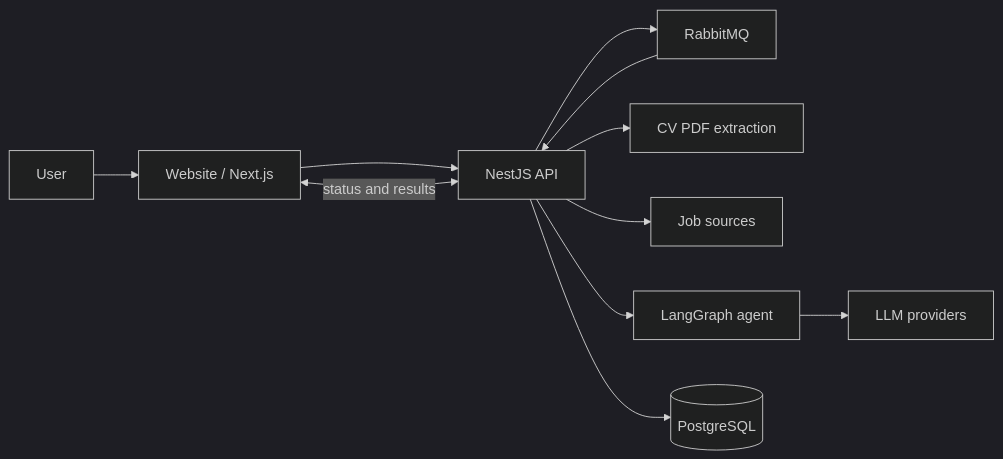
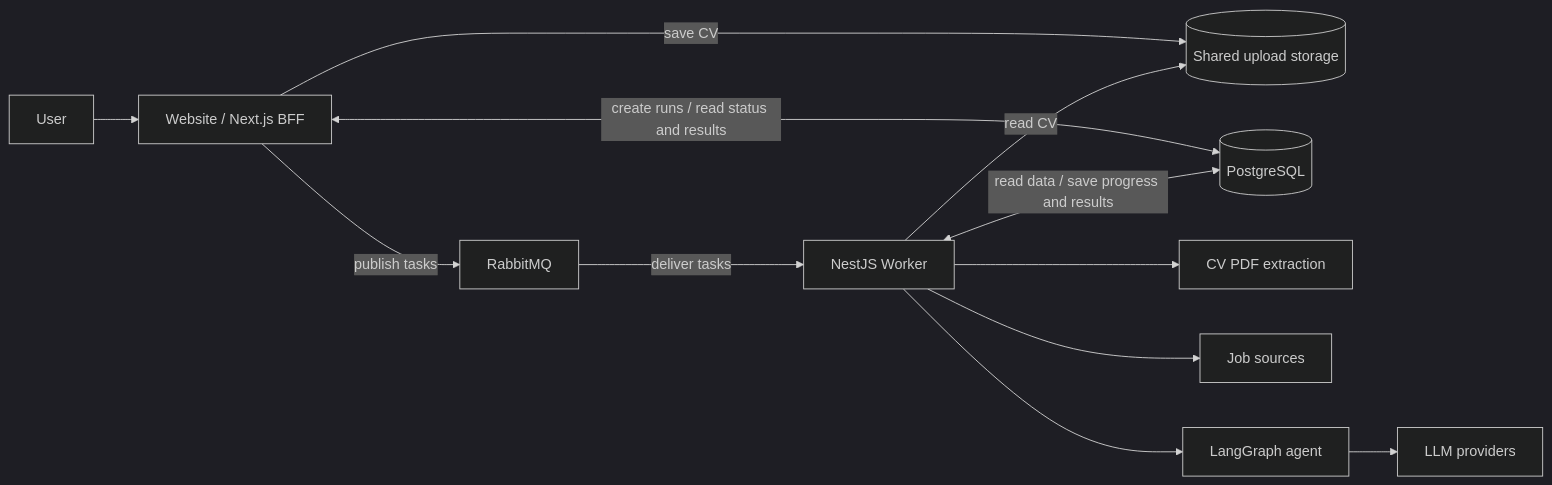
The first of 3 diagrams in README.md (lojzatran/job-applicator), drawn with Mermaid (dark theme) before and after one commit. The commit also changed other lines of this file and 63 other files, not shown here.

Commit message:
refactor(worker): rename api to worker

````diff
--- a/README.md
+++ b/README.md
@@ -254,13 +254,14 @@
 ```mermaid
 flowchart LR
-  User[User] --> Website[Website / Next.js]
-  Website --> Api[NestJS API]
-  Api --> Queue[RabbitMQ]
-  Queue --> Api
-  Api --> Pdf[CV PDF extraction]
-  Api --> Jobs[Job sources]
-  Api --> LangGraph[LangGraph agent]
+  User[User] --> Website[Website / Next.js BFF]
+  Website -->|publish tasks| Queue[RabbitMQ]
+  Queue -->|deliver tasks| Worker[NestJS Worker]
+  Website -->|save CV| Storage[(Shared upload storage)]
+  Worker -->|read CV| Storage
+  Website <-->|create runs / read status and results| DB[(PostgreSQL)]
+  Worker --> Pdf[CV PDF extraction]
+  Worker --> Jobs[Job sources]
+  Worker --> LangGraph[LangGraph agent]
   LangGraph --> LLMs[LLM providers]
-  Api --> DB[(PostgreSQL)]
-  Website <-->|status and results| Api
+  Worker <-->|read data / save progress and results| DB
 ```
````
